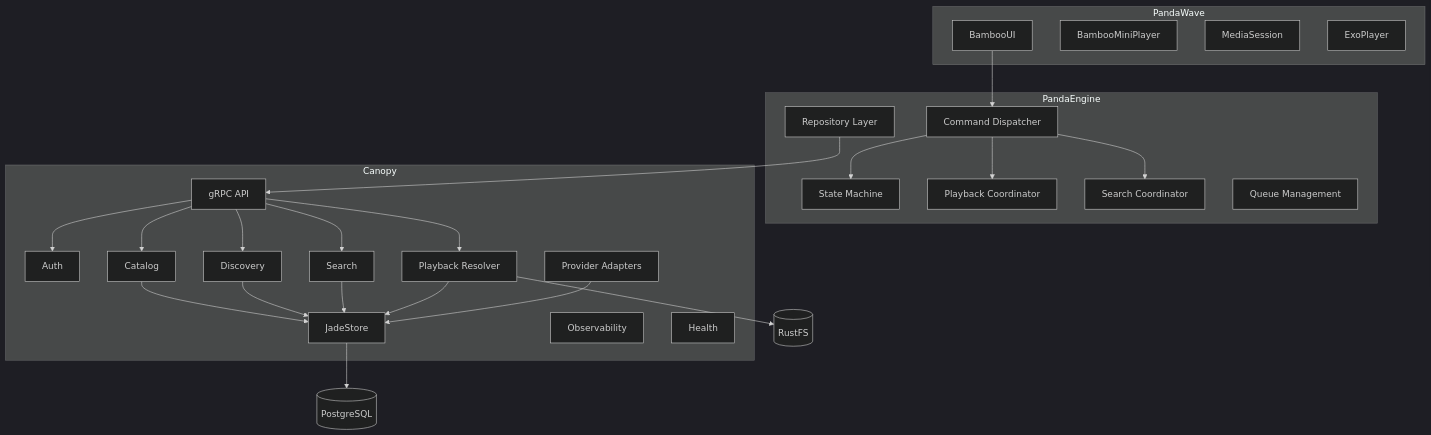
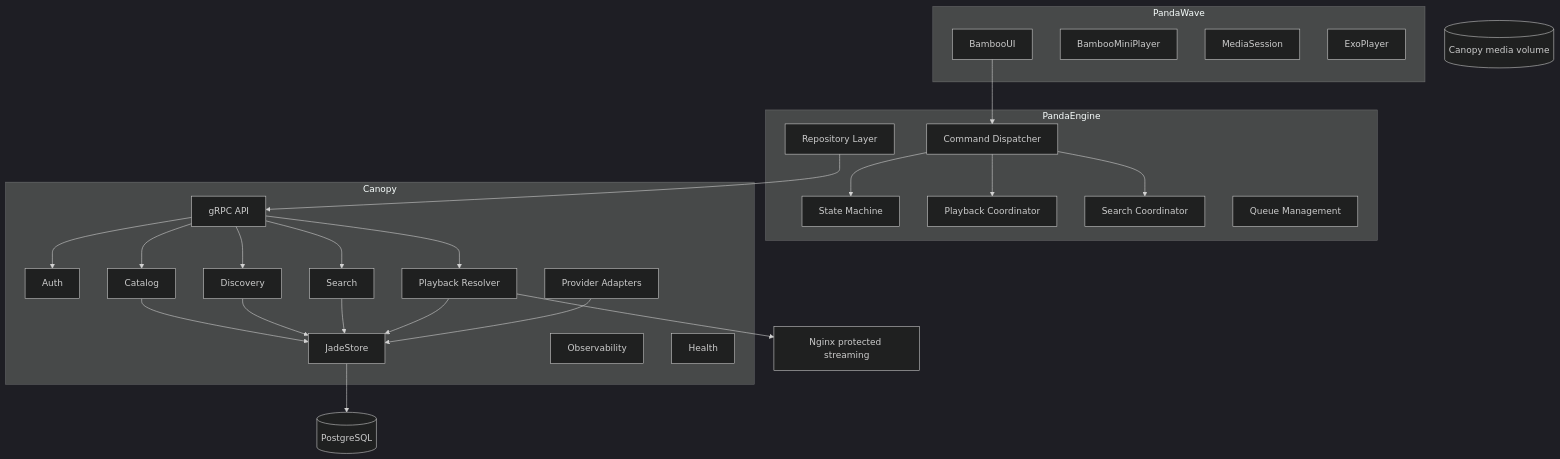
The second of 7 diagrams in README.md (adrianrusu16/Canopy), drawn with Mermaid (dark theme) before and after one commit. The commit also changed other lines of this file and 20 other files, not shown here.

````diff
--- a/README.md
+++ b/README.md
@@ -69,61 +74,62 @@
 ```mermaid
 flowchart TB
 
     subgraph PandaWave
         UI[BambooUI]
         MP[BambooMiniPlayer]
         MS[MediaSession]
         EXO[ExoPlayer]
     end
 
     subgraph PandaEngine
         CMD[Command Dispatcher]
         STATE[State Machine]
         PLAY[Playback Coordinator]
         SEARCH[Search Coordinator]
         QUEUE[Queue Management]
         REPO[Repository Layer]
     end
 
     subgraph Canopy
         API[gRPC API]
 
         AUTH[Auth]
         CAT[Catalog]
         DISC[Discovery]
         SRCH[Search]
         RES[Playback Resolver]
         PROV[Provider Adapters]
 
         STORE[JadeStore]
         OBS[Observability]
         HEALTH[Health]
     end
 
     DB[(PostgreSQL)]
-    FS[(RustFS)]
+    NGINX[Nginx protected streaming]
+    MEDIA[(Canopy media volume)]
 
     UI --> CMD
 
     CMD --> STATE
     CMD --> SEARCH
     CMD --> PLAY
 
     REPO --> API
 
     API --> AUTH
     API --> CAT
     API --> DISC
     API --> SRCH
     API --> RES
 
     CAT --> STORE
     DISC --> STORE
     SRCH --> STORE
     RES --> STORE
 
     PROV --> STORE
 
     STORE --> DB
-    RES --> FS
+    RES --> NGINX
 ```
````
